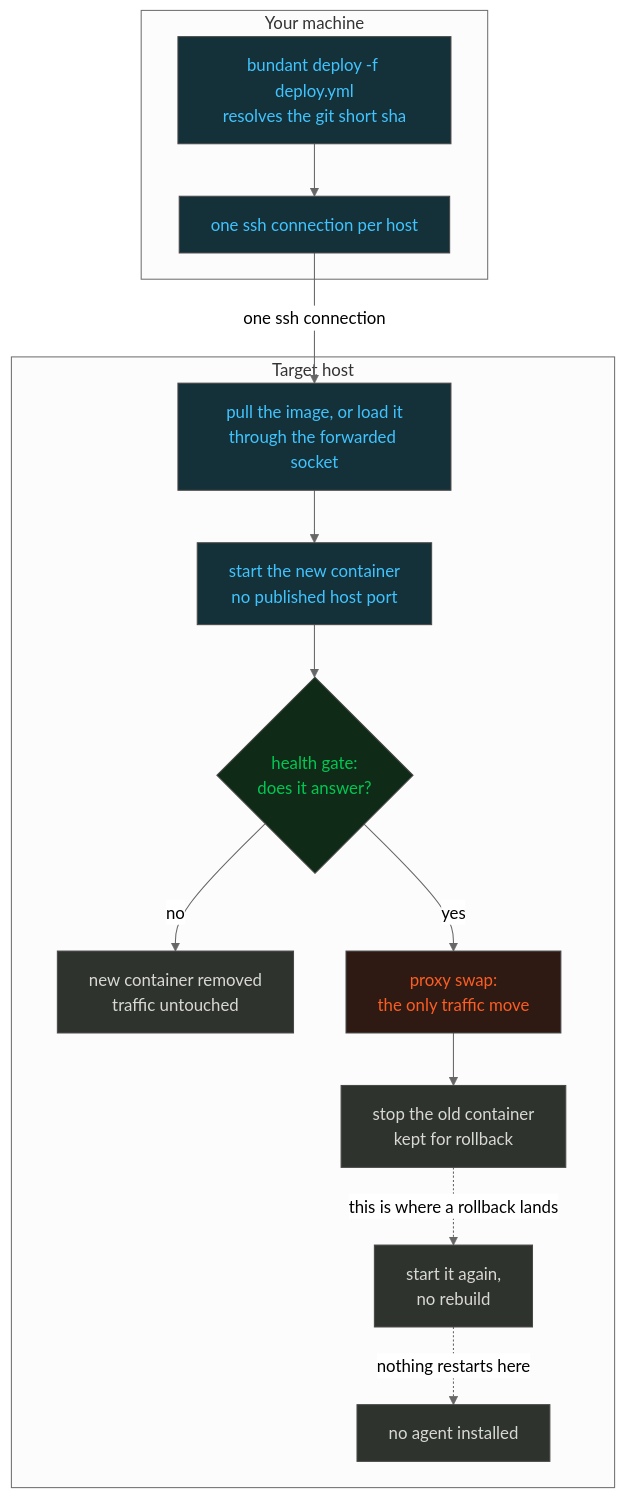
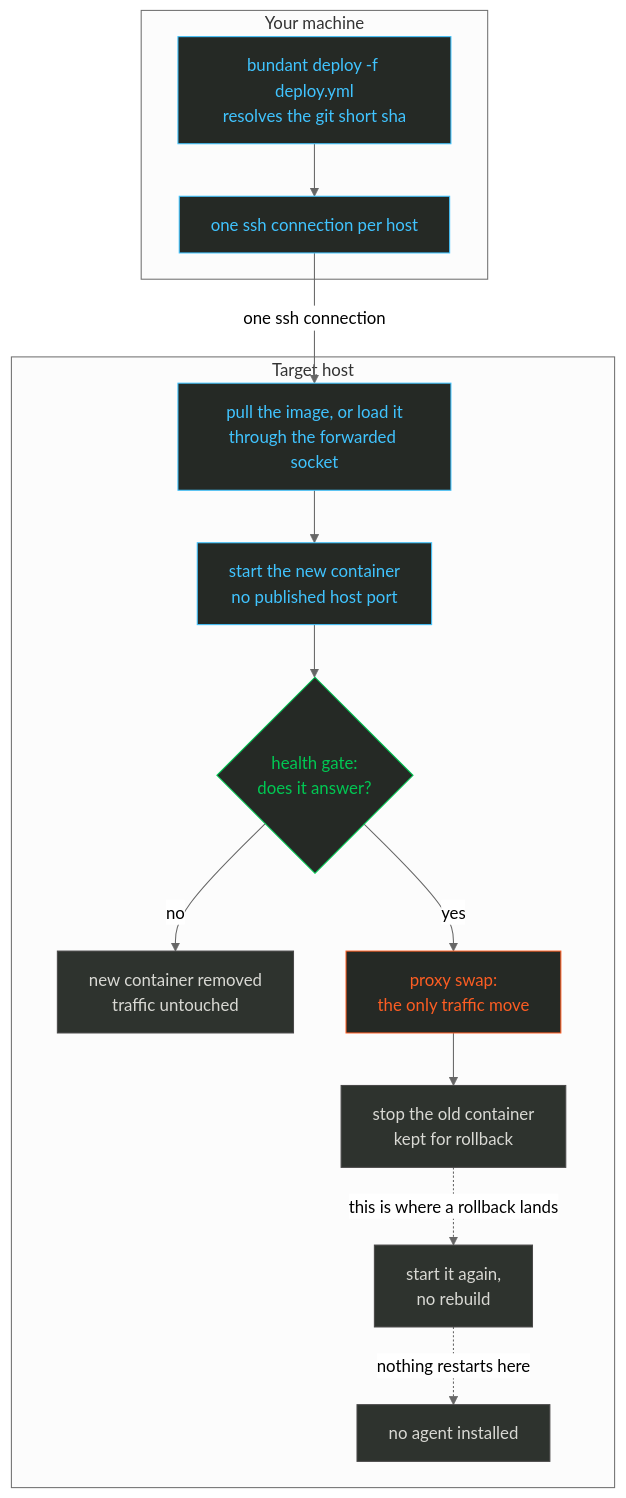
Before and after one commit to gjuoun/bundant: the diagram in docs/tutorial/01-quickstart.mdx, drawn with Mermaid (neutral theme). The commit also changed 7 other files, not shown here.

````diff
--- a/docs/tutorial/01-quickstart.mdx
+++ b/docs/tutorial/01-quickstart.mdx
@@ -173,24 +173,24 @@
 ```mermaid
 flowchart TD
   subgraph local["Your machine"]
     A["bundant deploy -f deploy.yml<br/>resolves the git short sha"] --> B["one ssh connection per host"]
   end
   subgraph host["Target host"]
     D["pull the image, or load it<br/>through the forwarded socket"] --> E["start the new container<br/>no published host port"]
     E --> F{"health gate:<br/>does it answer?"}
     F -- "no" --> NF["new container removed<br/>traffic untouched"]
     F -- "yes" --> H["proxy swap:<br/>the only traffic move"]
     H --> I["stop the old container<br/>kept for rollback"]
     I -. "this is where a rollback lands" .-> N3["start it again,<br/>no rebuild"]
     N3 -. "nothing restarts here" .-> N1["no agent installed"]
   end
   B -- "one ssh connection" --> D
-  classDef local fill:#143038,color:#40c4ff,stroke:#494848;
-  classDef ok fill:#0f2a17,color:#00c853,stroke:#494848;
-  classDef risk fill:#2e1a12,color:#fc5d23,stroke:#494848;
+  classDef local fill:#252925,color:#40c4ff,stroke:#40c4ff;
+  classDef ok fill:#252925,color:#00c853,stroke:#00c853;
+  classDef risk fill:#252925,color:#fc5d23,stroke:#fc5d23;
   classDef neutral fill:#2e332e,color:#d9d9d4,stroke:#494848;
   class A,B,D,E local;
   class F ok;
   class H risk;
   class I,NF,N1,N3 neutral;
 ```
````
